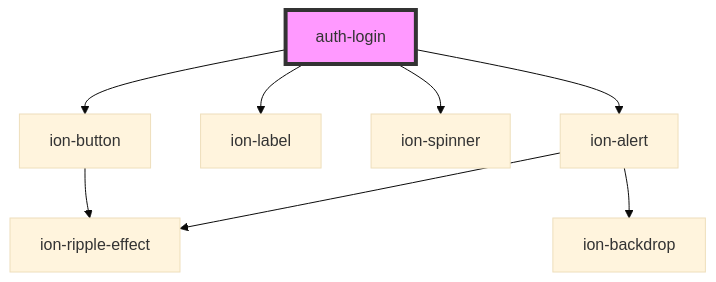
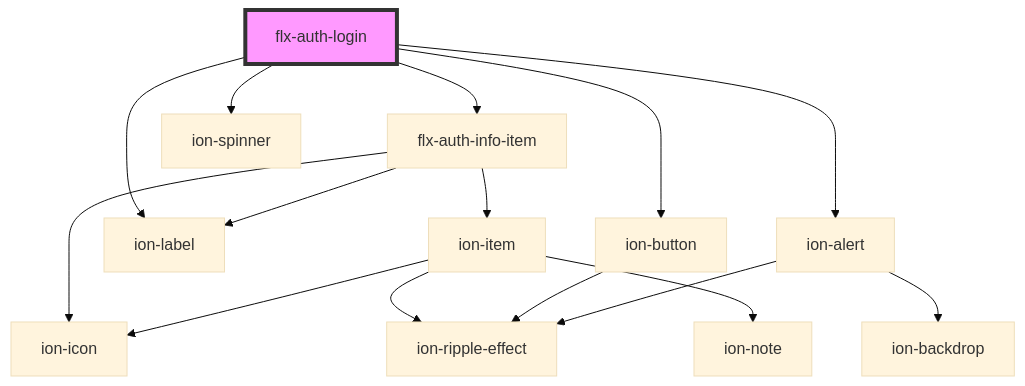
Before and after one commit to Scan0815/felix-core: the diagram in src/components/auth/login/readme.md, drawn with Mermaid (base theme). The commit also changed other lines of this file and 16 other files, not shown here.

````diff
--- a/src/components/auth/login/readme.md
+++ b/src/components/auth/login/readme.md
@@ -36,11 +50,18 @@
 ```mermaid
 graph TD;
-  auth-login --> ion-button
-  auth-login --> ion-label
-  auth-login --> ion-spinner
-  auth-login --> ion-alert
+  flx-auth-login --> flx-auth-info-item
+  flx-auth-login --> ion-button
+  flx-auth-login --> ion-label
+  flx-auth-login --> ion-spinner
+  flx-auth-login --> ion-alert
+  flx-auth-info-item --> ion-item
+  flx-auth-info-item --> ion-icon
+  flx-auth-info-item --> ion-label
+  ion-item --> ion-icon
+  ion-item --> ion-ripple-effect
+  ion-item --> ion-note
   ion-button --> ion-ripple-effect
   ion-alert --> ion-ripple-effect
   ion-alert --> ion-backdrop
-  style auth-login fill:#f9f,stroke:#333,stroke-width:4px
+  style flx-auth-login fill:#f9f,stroke:#333,stroke-width:4px
 ```
````
